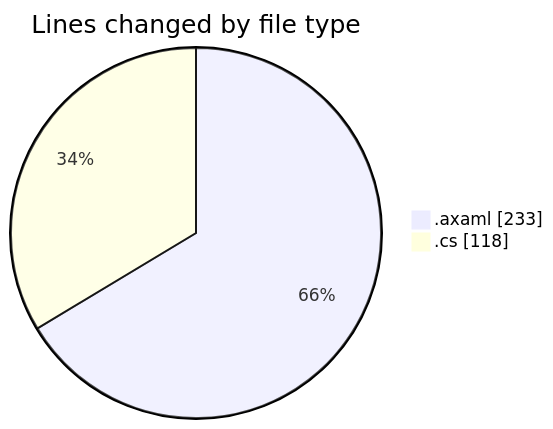
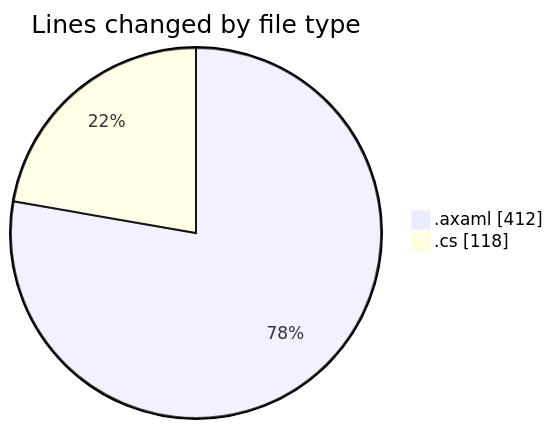
Before and after one commit to Netris89/code-tracking: the first of 2 diagrams in 2025-10-24/skintrack/README.md, drawn with Mermaid. The commit also changed other lines of this file and 1 other file, not shown here.

````diff
--- a/2025-10-24/skintrack/README.md
+++ b/2025-10-24/skintrack/README.md
@@ -23,6 +23,6 @@
 ```mermaid
 pie showData
 title Lines changed by file type
-".axaml" : 233
+".axaml" : 412
 ".cs" : 118
 ```
````
